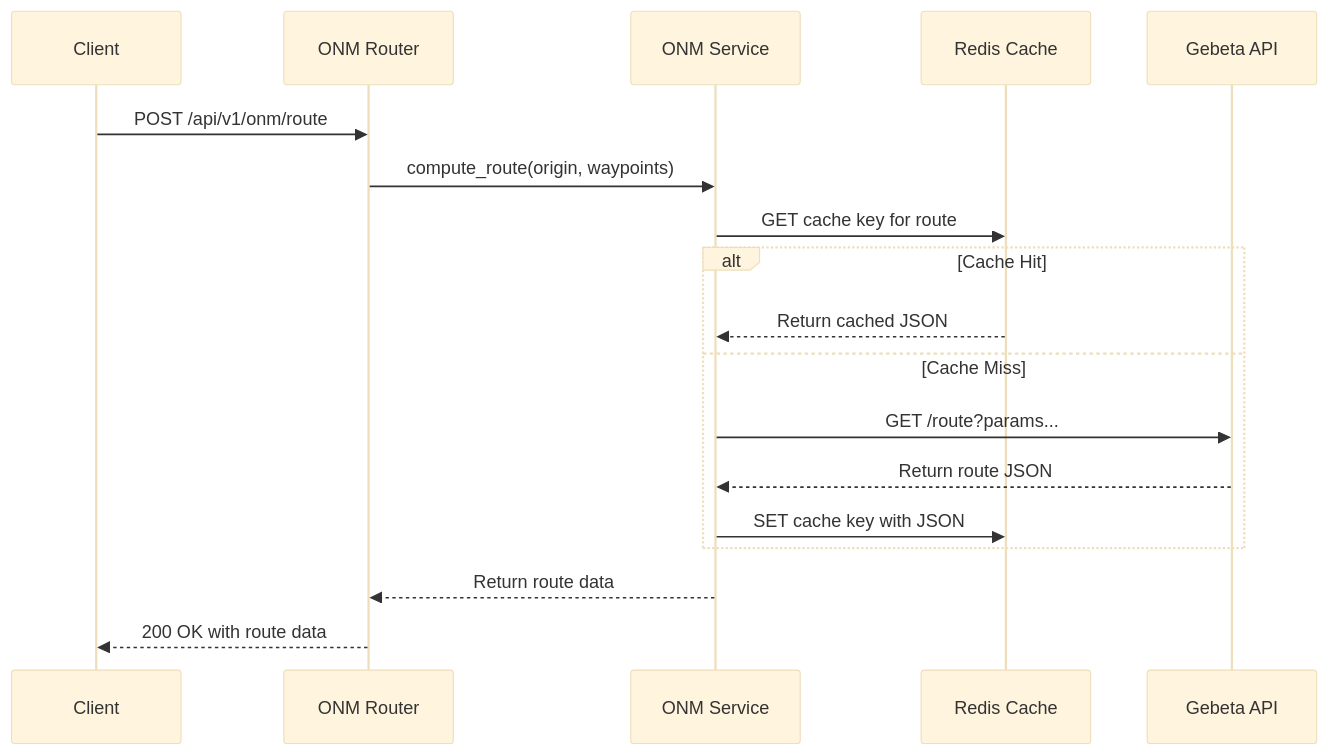
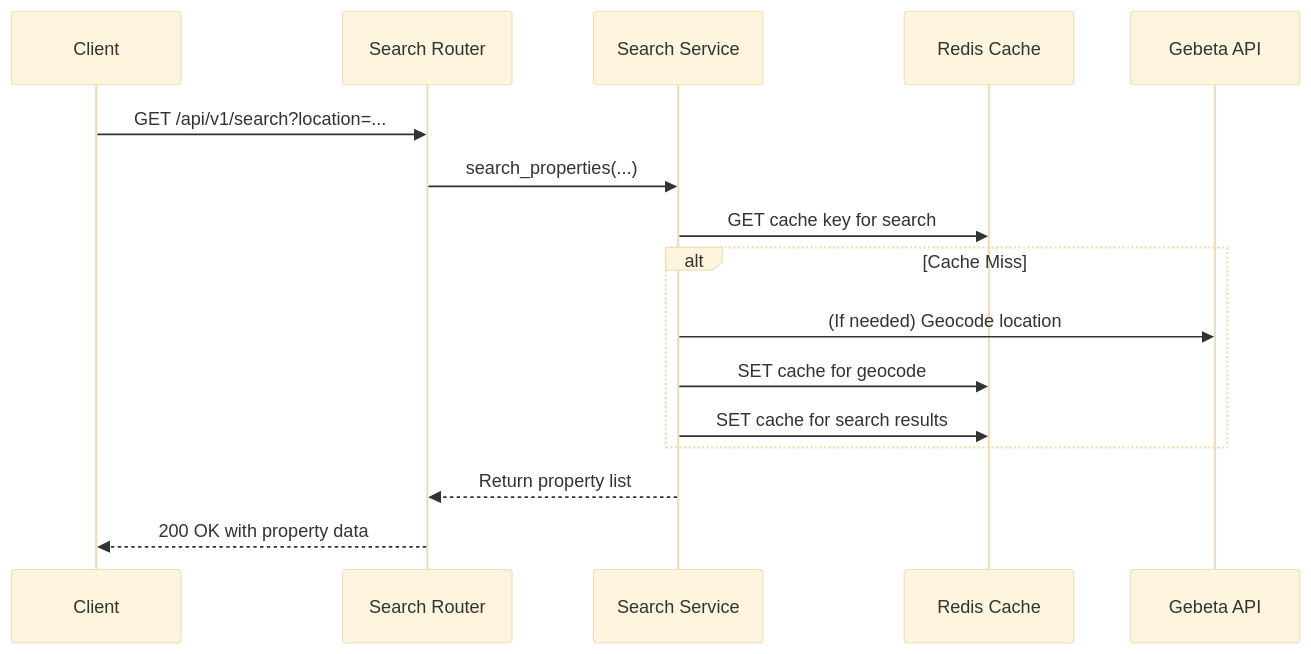
The second of 3 diagrams in README.md (rent-management-system/search-and-filter-service), drawn with Mermaid (base theme) before and after one commit. The commit also changed other lines of this file and 2 other files, not shown here.

````diff
--- a/README.md
+++ b/README.md
@@ -113,21 +117,19 @@
 ```mermaid
 sequenceDiagram
     participant Client
-    participant ONM Router
-    participant ONM Service
+    participant Search Router
+    participant Search Service
     participant Redis Cache
     participant Gebeta API
 
-    Client->>ONM Router: POST /api/v1/onm/route
-    ONM Router->>ONM Service: compute_route(origin, waypoints)
-    ONM Service->>Redis Cache: GET cache key for route
-    alt Cache Hit
-        Redis Cache-->>ONM Service: Return cached JSON
-    else Cache Miss
-        ONM Service->>Gebeta API: GET /route?params...
-        Gebeta API-->>ONM Service: Return route JSON
-        ONM Service->>Redis Cache: SET cache key with JSON
+    Client->>Search Router: GET /api/v1/search?location=...
+    Search Router->>Search Service: search_properties(...)
+    Search Service->>Redis Cache: GET cache key for search
+    alt Cache Miss
+        Search Service->>Gebeta API: (If needed) Geocode location
+        Search Service->>Redis Cache: SET cache for geocode
+        Search Service->>Redis Cache: SET cache for search results
     end
-    ONM Service-->>ONM Router: Return route data
-    ONM Router-->>Client: 200 OK with route data
+    Search Service-->>Search Router: Return property list
+    Search Router-->>Client: 200 OK with property data
 ```
````
